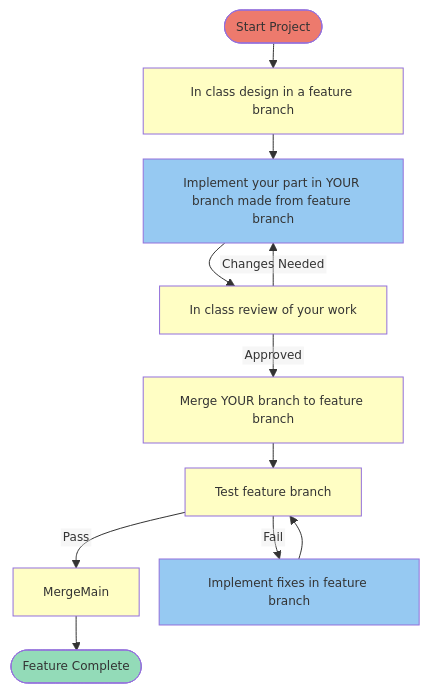
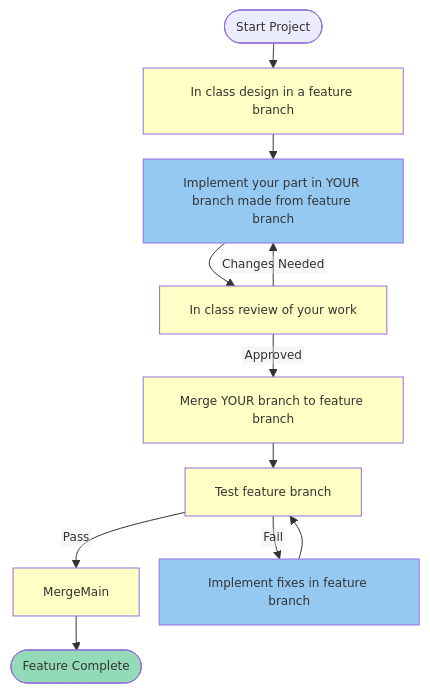
One commit to cse4504-wustl/workflow changed the first of 2 diagrams in README.md. Above: the diagram before and after it, drawn with Mermaid.

Commit message:
Remove style from Start node in flowchart
Removed style from Start node in flowchart.

````diff
--- a/README.md
+++ b/README.md
@@ -4,24 +4,23 @@
 ```mermaid
 %%{init: {'flowchart': {'nodeSpacing': 20, 'rankSpacing': 25, 'htmlLabels': false}, 'themeVariables': {'fontSize': '12px'}}}%%
 flowchart TD
  
     Start([Start Project]) --> Design[In class design in a feature branch]
-    style Start fill:#ED7A6D
     Design --> Implement[Implement your part in YOUR branch made from feature branch]
     style Design fill:#FFFEC4
     Implement --> Review[In class review of your work]
     style Implement fill:#96C9F2
     Review -- Approved --> Merge_Ind[Merge YOUR branch to feature branch]
     style Review fill:#FFFEC4
     Review -- Changes Needed --> Implement
     Merge_Ind --> IntegrationTest[Test feature branch]
     style Merge_Ind fill:#FFFEC4
     style IntegrationTest fill:#FFFEC4
     IntegrationTest -- Pass --> MergeMain
     IntegrationTest -- Fail --> Fix[Implement fixes in feature branch]
     Fix --> IntegrationTest
     style Fix fill:#96C9F2
     MergeMain --> Done([Feature Complete])
     style MergeMain fill:#FFFEC4
     style Done fill:#93DBB8
 ```
````
